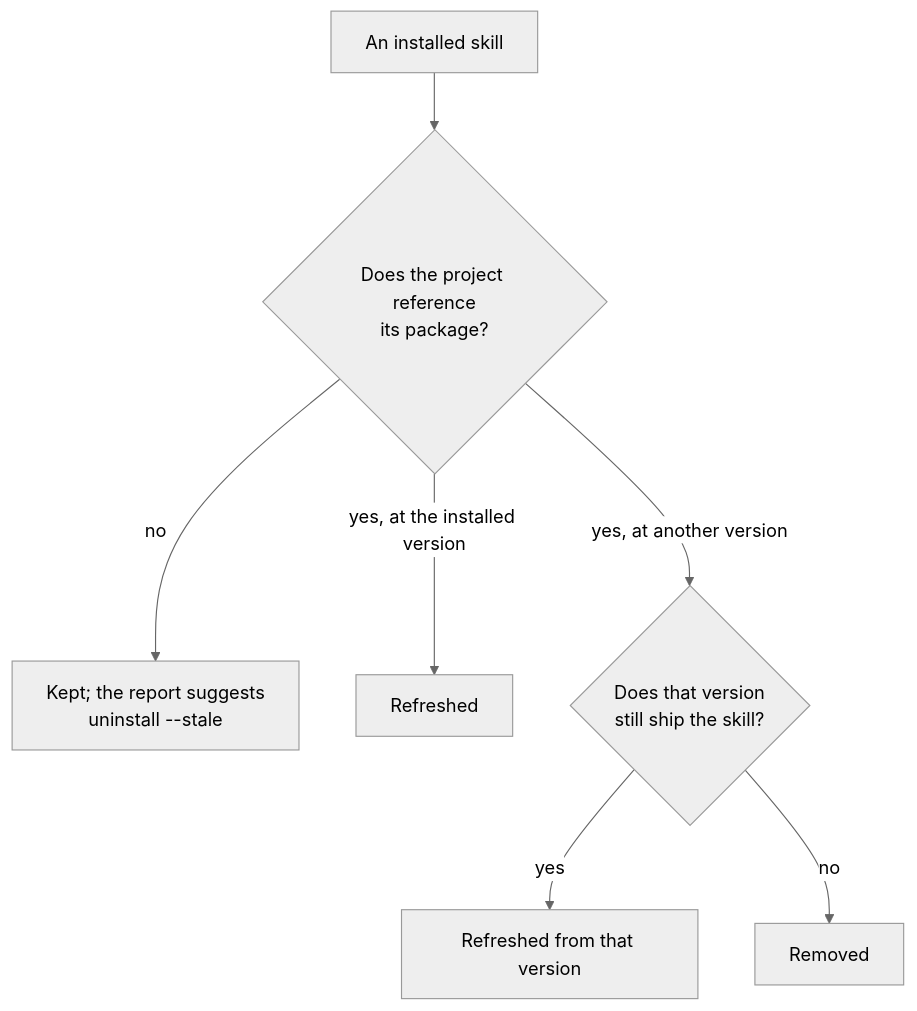
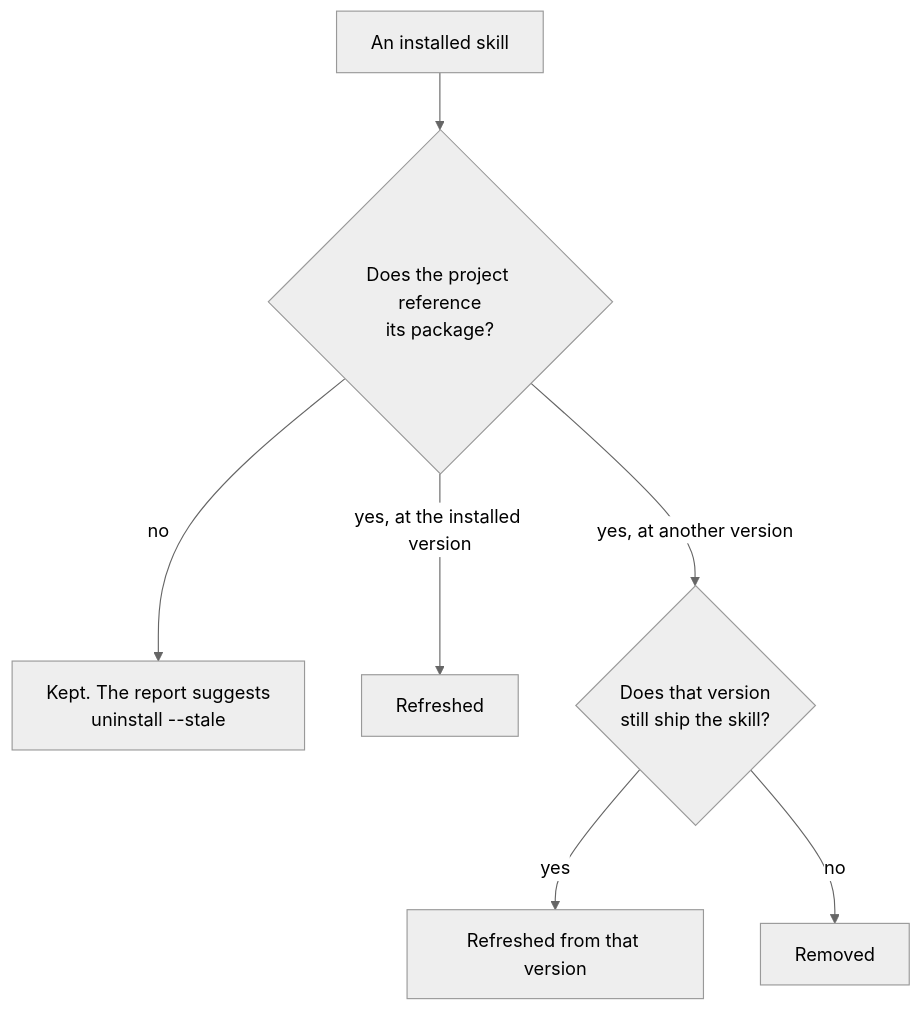
Before and after one commit to NuGet/Client.Tools: the second of 2 diagrams in dotnet-package-skills/docs/scenarios.md, drawn with Mermaid (neutral theme). The commit also changed other lines of this file and 4 other files, not shown here.

````diff
--- a/dotnet-package-skills/docs/scenarios.md
+++ b/dotnet-package-skills/docs/scenarios.md
@@ -209,9 +209,9 @@
 ```mermaid
 flowchart TD
     T["An installed skill"] --> R{"Does the project reference<br/>its package?"}
-    R -->|"no"| K["Kept; the report suggests<br/>uninstall --stale"]
+    R -->|"no"| K["Kept. The report suggests<br/>uninstall --stale"]
     R -->|"yes, at the installed version"| F1["Refreshed"]
     R -->|"yes, at another version"| S{"Does that version<br/>still ship the skill?"}
     S -->|"yes"| F2["Refreshed from that version"]
     S -->|"no"| X["Removed"]
 ```
````
